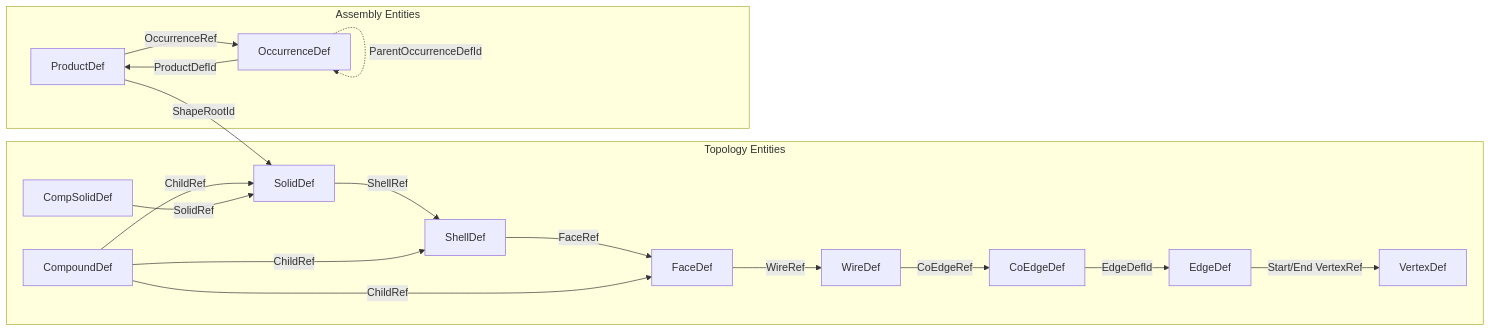
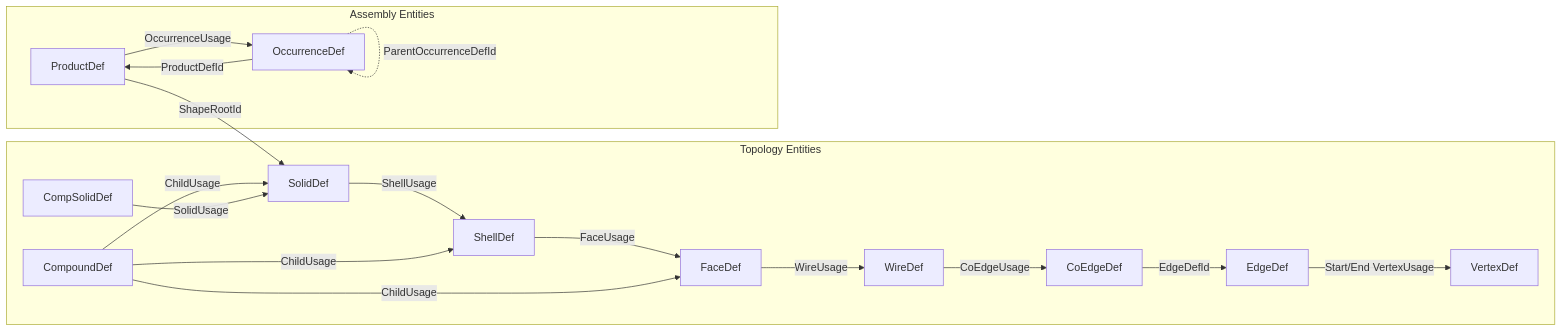
Before and after one commit to Open-Cascade-SAS/OCCT: the second of 5 diagrams in src/ModelingData/TKBRep/BRepGraphInc/README.md, drawn with Mermaid. The commit also changed other lines of this file and 64 other files, not shown here.

````diff
--- a/src/ModelingData/TKBRep/BRepGraphInc/README.md
+++ b/src/ModelingData/TKBRep/BRepGraphInc/README.md
@@ -41,35 +41,35 @@
 ```mermaid
 flowchart LR
   subgraph Topology Entities
     V[VertexDef]
     E[EdgeDef]
     CE[CoEdgeDef]
     W[WireDef]
     F[FaceDef]
     SH[ShellDef]
     SO[SolidDef]
     CO[CompoundDef]
     CS[CompSolidDef]
   end
 
   subgraph Assembly Entities
     PR[ProductDef]
     OC[OccurrenceDef]
   end
 
-  F -->|WireRef| W
-  W -->|CoEdgeRef| CE
+  F -->|WireUsage| W
+  W -->|CoEdgeUsage| CE
   CE -->|EdgeDefId| E
-  E -->|Start/End VertexRef| V
-  SH -->|FaceRef| F
-  SO -->|ShellRef| SH
-  CO -->|ChildRef| SO
-  CO -->|ChildRef| SH
-  CO -->|ChildRef| F
-  CS -->|SolidRef| SO
+  E -->|Start/End VertexUsage| V
+  SH -->|FaceUsage| F
+  SO -->|ShellUsage| SH
+  CO -->|ChildUsage| SO
+  CO -->|ChildUsage| SH
+  CO -->|ChildUsage| F
+  CS -->|SolidUsage| SO
 
-  PR -->|OccurrenceRef| OC
+  PR -->|OccurrenceUsage| OC
   PR -->|ShapeRootId| SO
   OC -->|ProductDefId| PR
   OC -.->|ParentOccurrenceDefId| OC
 ```
````
